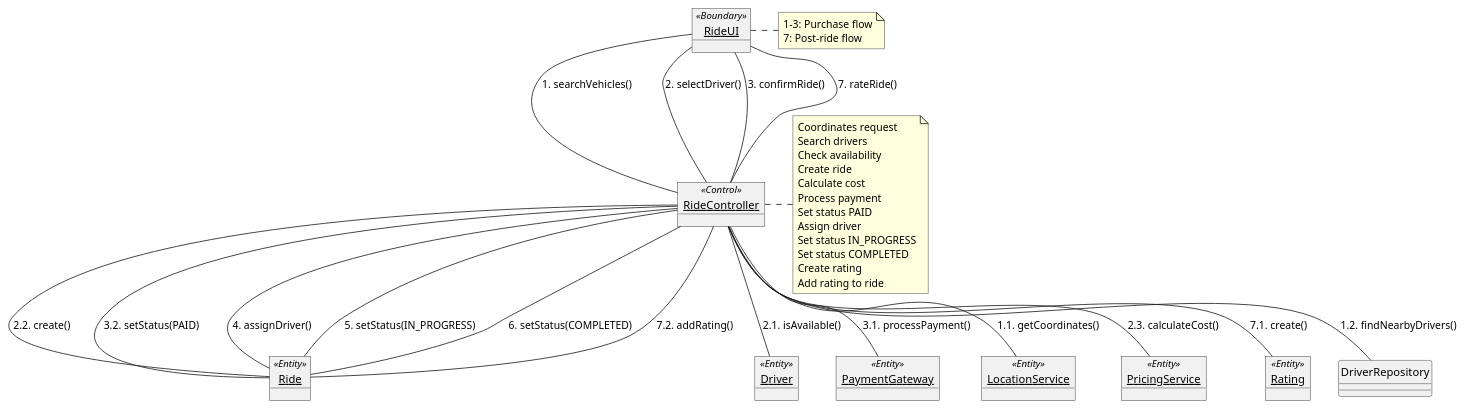
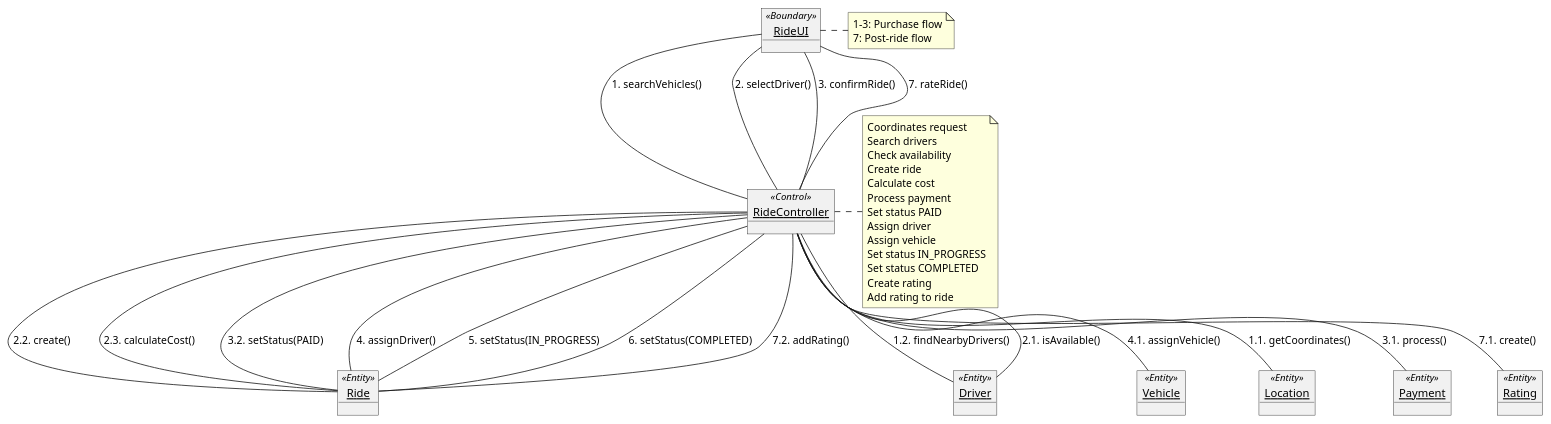
Before and after one commit to mm-shkurin/studies_2026: the diagram in SE/solution/lab2/diagrams/08_collaboration_diagram.puml, drawn with PlantUML. The commit also changed 9 other files, not shown here.

```diff
--- a/SE/solution/lab2/diagrams/08_collaboration_diagram.puml
+++ b/SE/solution/lab2/diagrams/08_collaboration_diagram.puml
@@ -1,50 +1,52 @@
 @startuml CollaborationDiagram
 skinparam style strictuml
 
 object "RideUI" as ui <<Boundary>>
 object "RideController" as controller <<Control>>
 object "Ride" as ride <<Entity>>
 object "Driver" as driver <<Entity>>
-object "PaymentGateway" as gateway <<Entity>>
-object "LocationService" as location <<Entity>>
-object "PricingService" as pricing <<Entity>>
+object "Vehicle" as vehicle <<Entity>>
+object "Location" as location <<Entity>>
+object "Payment" as payment <<Entity>>
 object "Rating" as rating <<Entity>>
 
 ui -- controller : 1. searchVehicles()
 ui -- controller : 2. selectDriver()
 ui -- controller : 3. confirmRide()
 ui -- controller : 7. rateRide()
 
 controller -- location : 1.1. getCoordinates()
-controller -- DriverRepository : 1.2. findNearbyDrivers()
+controller -- driver : 1.2. findNearbyDrivers()
 controller -- driver : 2.1. isAvailable()
 controller -- ride : 2.2. create()
-controller -- pricing : 2.3. calculateCost()
-controller -- gateway : 3.1. processPayment()
+controller -- ride : 2.3. calculateCost()
+controller -- payment : 3.1. process()
 controller -- ride : 3.2. setStatus(PAID)
 controller -- ride : 4. assignDriver()
+controller -- vehicle : 4.1. assignVehicle()
 controller -- ride : 5. setStatus(IN_PROGRESS)
 controller -- ride : 6. setStatus(COMPLETED)
 controller -- rating : 7.1. create()
 controller -- ride : 7.2. addRating()
 
 note right of ui
   1-3: Purchase flow
   7: Post-ride flow
 end note
 
 note right of controller
   Coordinates request
   Search drivers
   Check availability
   Create ride
   Calculate cost
   Process payment
   Set status PAID
   Assign driver
+  Assign vehicle
   Set status IN_PROGRESS
   Set status COMPLETED
   Create rating
   Add rating to ride
 end note
 @enduml
```
